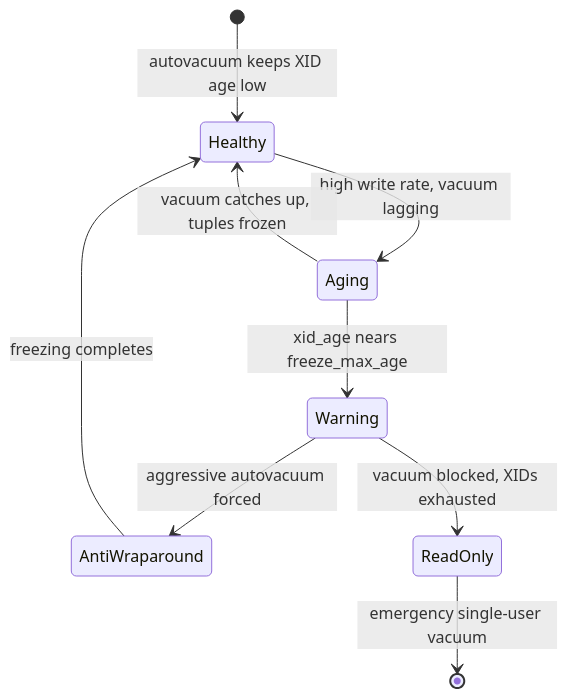
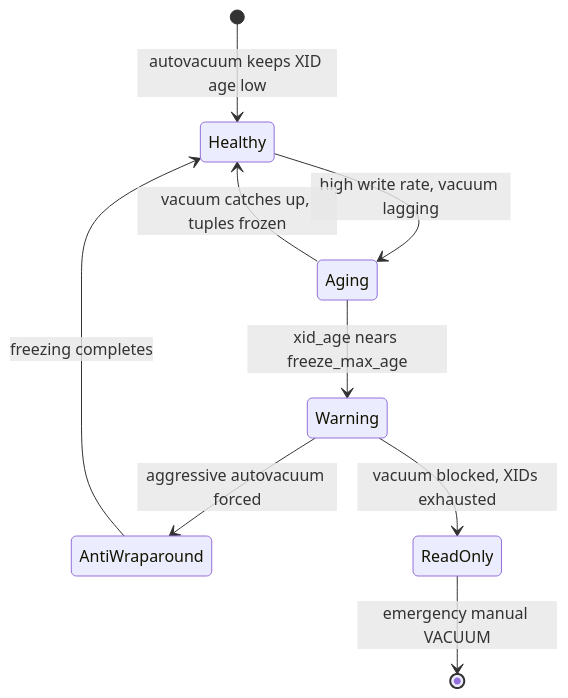
One commit to vabs/vabs.github.io changed the second of 2 diagrams in content/post/index-bloat-and-vacuum-strategies.md. Above: the diagram before and after it, drawn with Mermaid. The commit also changed other lines of this file and 72 other files, not shown here.

```diff
--- a/content/post/index-bloat-and-vacuum-strategies.md
+++ b/content/post/index-bloat-and-vacuum-strategies.md
@@ -134,11 +134,11 @@
 {{< mermaid >}}
 stateDiagram-v2
     [*] --> Healthy: autovacuum keeps XID age low
     Healthy --> Aging: high write rate, vacuum lagging
     Aging --> Healthy: vacuum catches up, tuples frozen
     Aging --> Warning: xid_age nears freeze_max_age
     Warning --> AntiWraparound: aggressive autovacuum forced
     AntiWraparound --> Healthy: freezing completes
     Warning --> ReadOnly: vacuum blocked, XIDs exhausted
-    ReadOnly --> [*]: emergency single-user vacuum
+    ReadOnly --> [*]: emergency manual VACUUM
 {{< /mermaid >}}
```
